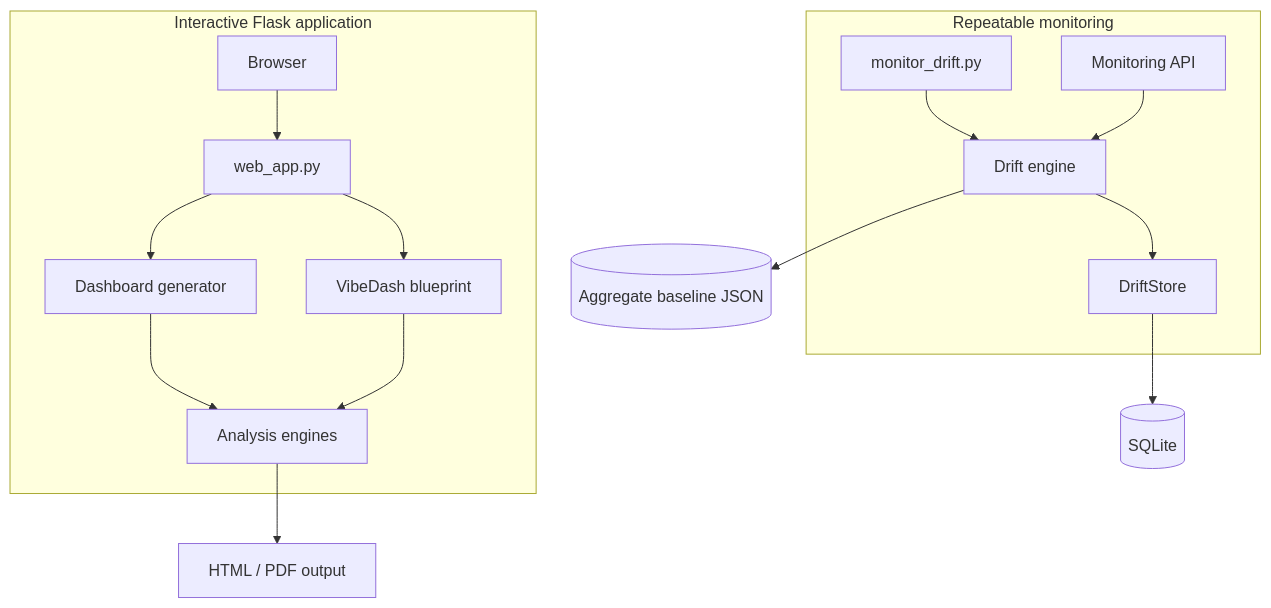
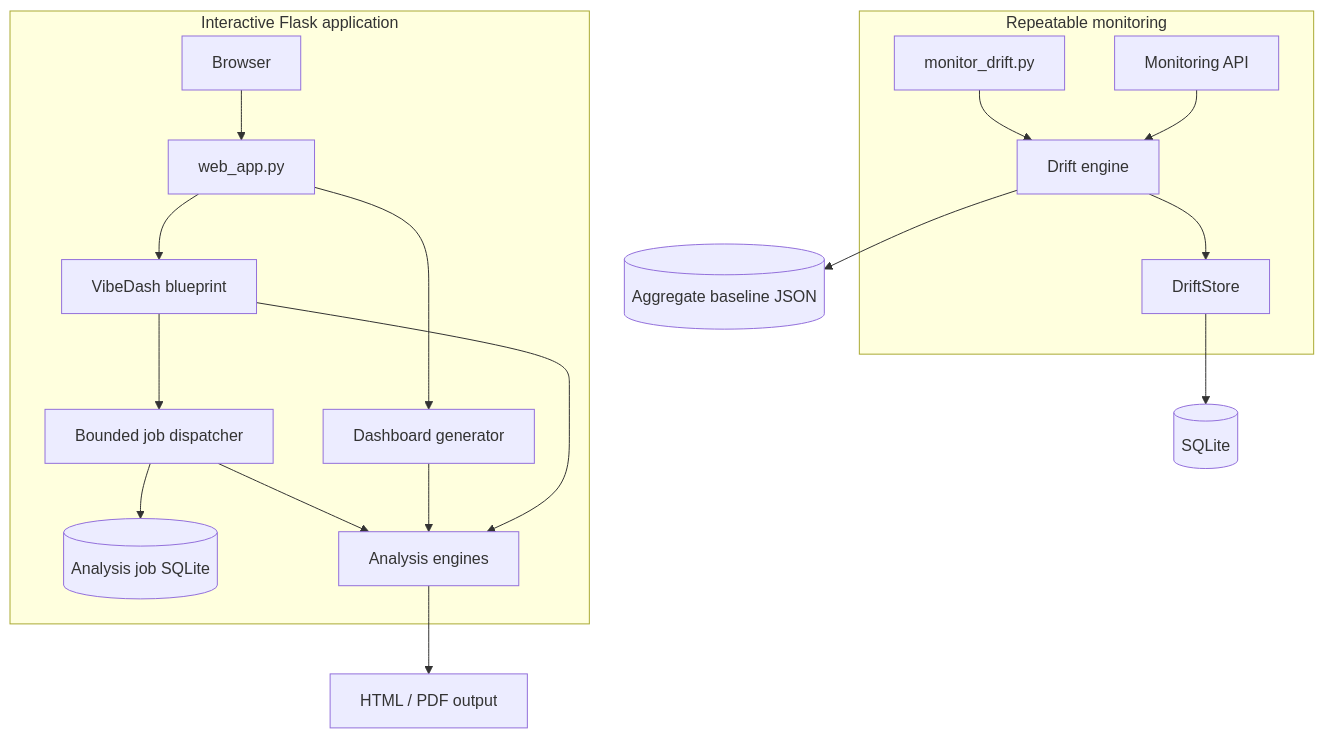
The first of 3 diagrams in docs/ARCHITECTURE.md (NikitaMarshchonok/data-prism), drawn with Mermaid before and after one commit. The commit also changed other lines of this file and 14 other files, not shown here.

````diff
--- a/docs/ARCHITECTURE.md
+++ b/docs/ARCHITECTURE.md
@@ -18,20 +18,23 @@
 ```mermaid
 flowchart TB
     subgraph Interactive[Interactive Flask application]
         U[Browser] --> W[web_app.py]
         W --> DG[Dashboard generator]
         W --> VD[VibeDash blueprint]
+        VD --> JQ[Bounded job dispatcher]
+        JQ --> JS[(Analysis job SQLite)]
+        JQ --> AN
         DG --> AN[Analysis engines]
         VD --> AN
     end
 
     subgraph Monitoring[Repeatable monitoring]
         C[monitor_drift.py] --> DD[Drift engine]
         API[Monitoring API] --> DD
         DD --> DS[DriftStore]
     end
 
     AN --> R[HTML / PDF output]
     DS --> SQ[(SQLite)]
     DD --> BP[(Aggregate baseline JSON)]
 ```
````
